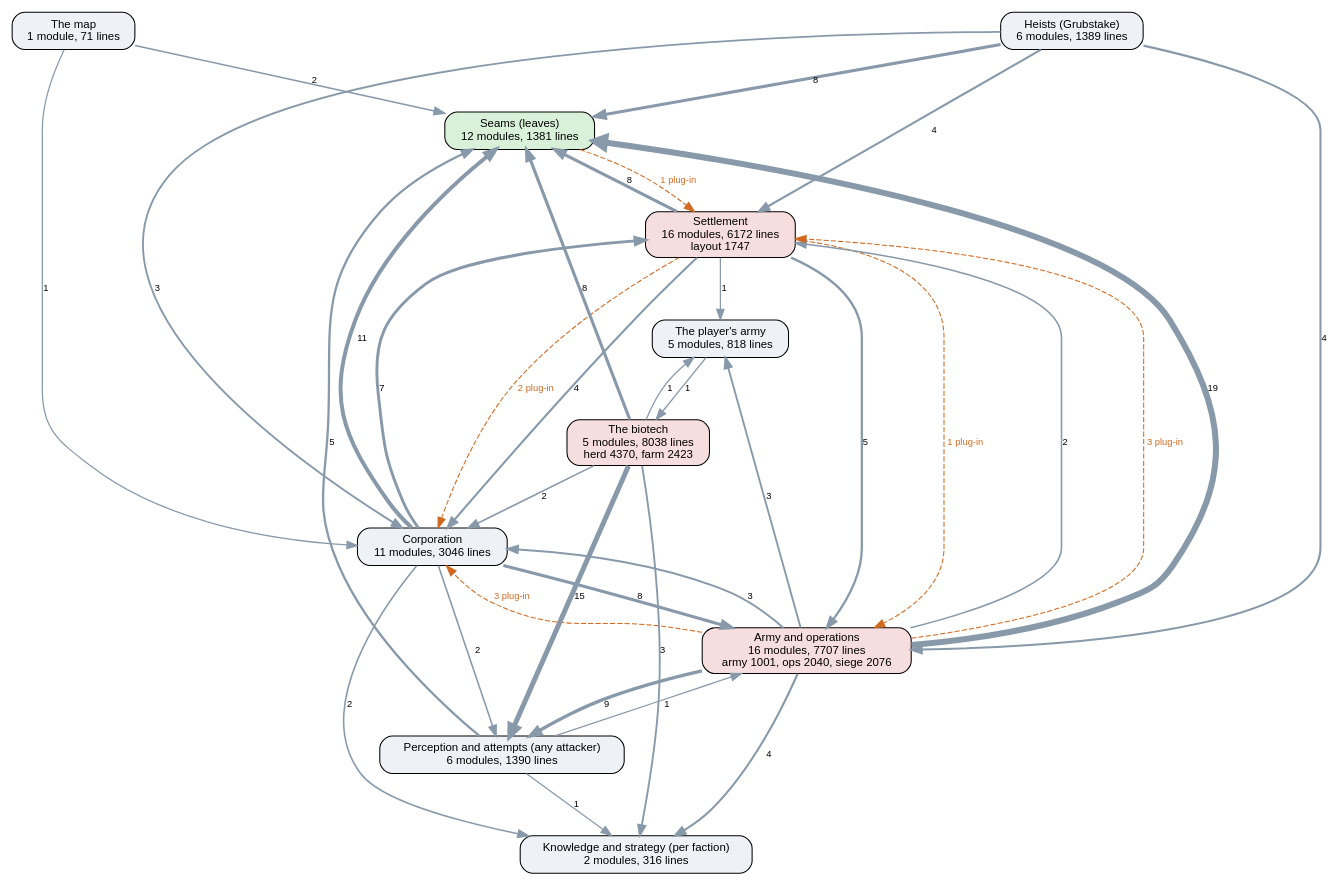
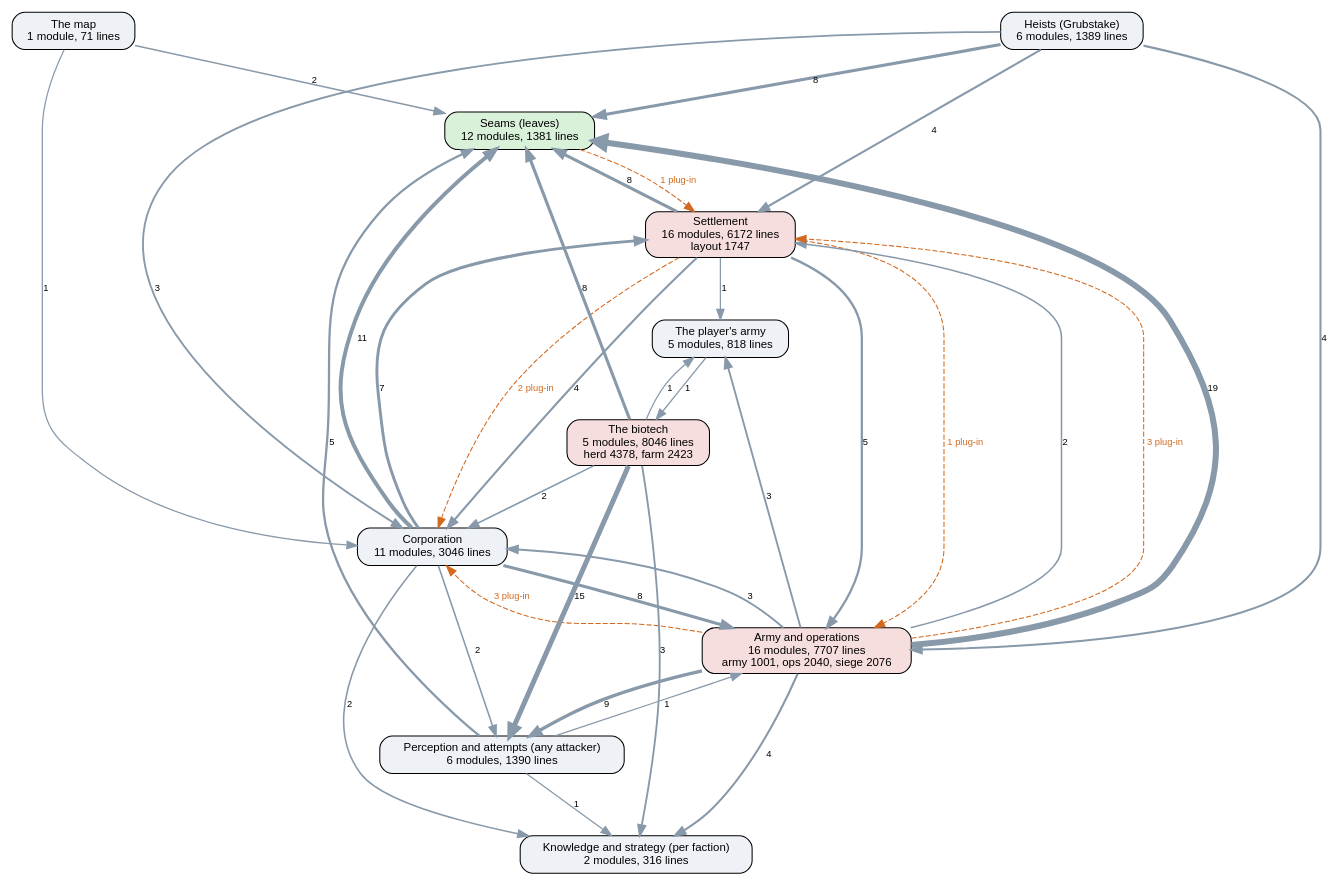
One commit to kinelhu/landing-party changed the diagram in docs/ai-layers.dot. Above: the diagram before and after it, drawn with Graphviz. The commit also changed 8 other files, not shown here.

```diff
--- a/docs/ai-layers.dot
+++ b/docs/ai-layers.dot
@@ -1,50 +1,50 @@
 digraph layers {
   graph [rankdir=TB, fontname="Helvetica", nodesep=0.5, ranksep=0.7];
   node [shape=box, style="rounded,filled", fontname="Helvetica", fontsize=11, fillcolor="#eef2f7"];
   edge [color="#8899aa", fontname="Helvetica", fontsize=9];
   "Seams (leaves)" [label="Seams (leaves)\n12 modules, 1381 lines", fillcolor="#d9f0d9"];
   "Perception and attempts (any attacker)" [label="Perception and attempts (any attacker)\n6 modules, 1390 lines", fillcolor="#eef2f7"];
   "Knowledge and strategy (per faction)" [label="Knowledge and strategy (per faction)\n2 modules, 316 lines", fillcolor="#eef2f7"];
   "Corporation" [label="Corporation\n11 modules, 3046 lines", fillcolor="#eef2f7"];
   "Settlement" [label="Settlement\n16 modules, 6172 lines\nlayout 1747", fillcolor="#f7dede"];
   "Army and operations" [label="Army and operations\n16 modules, 7707 lines\narmy 1001, ops 2040, siege 2076", fillcolor="#f7dede"];
   "Heists (Grubstake)" [label="Heists (Grubstake)\n6 modules, 1389 lines", fillcolor="#eef2f7"];
-  "The biotech" [label="The biotech\n5 modules, 8038 lines\nherd 4370, farm 2423", fillcolor="#f7dede"];
+  "The biotech" [label="The biotech\n5 modules, 8046 lines\nherd 4378, farm 2423", fillcolor="#f7dede"];
   "The map" [label="The map\n1 module, 71 lines", fillcolor="#eef2f7"];
   "The player's army" [label="The player's army\n5 modules, 818 lines", fillcolor="#eef2f7"];
   "Army and operations" -> "Corporation" [label="3", penwidth=1.8];
   "Army and operations" -> "Knowledge and strategy (per faction)" [label="4", penwidth=2.0];
   "Army and operations" -> "Perception and attempts (any attacker)" [label="9", penwidth=3.2];
   "Army and operations" -> "Seams (leaves)" [label="19", penwidth=5.8];
   "Army and operations" -> "Settlement" [label="2", penwidth=1.5];
   "Army and operations" -> "The player's army" [label="3", penwidth=1.8];
   "Corporation" -> "Army and operations" [label="8", penwidth=3.0];
   "Corporation" -> "Knowledge and strategy (per faction)" [label="2", penwidth=1.5];
   "Corporation" -> "Perception and attempts (any attacker)" [label="2", penwidth=1.5];
   "Corporation" -> "Seams (leaves)" [label="11", penwidth=3.8];
   "Corporation" -> "Settlement" [label="7", penwidth=2.8];
   "Heists (Grubstake)" -> "Army and operations" [label="4", penwidth=2.0];
   "Heists (Grubstake)" -> "Corporation" [label="3", penwidth=1.8];
   "Heists (Grubstake)" -> "Seams (leaves)" [label="8", penwidth=3.0];
   "Heists (Grubstake)" -> "Settlement" [label="4", penwidth=2.0];
   "Perception and attempts (any attacker)" -> "Army and operations" [label="1", penwidth=1.2];
   "Perception and attempts (any attacker)" -> "Knowledge and strategy (per faction)" [label="1", penwidth=1.2];
   "Perception and attempts (any attacker)" -> "Seams (leaves)" [label="5", penwidth=2.2];
   "Settlement" -> "Army and operations" [label="5", penwidth=2.2];
   "Settlement" -> "Corporation" [label="4", penwidth=2.0];
   "Settlement" -> "Seams (leaves)" [label="8", penwidth=3.0];
   "Settlement" -> "The player's army" [label="1", penwidth=1.2];
   "The biotech" -> "Corporation" [label="2", penwidth=1.5];
   "The biotech" -> "Knowledge and strategy (per faction)" [label="3", penwidth=1.8];
   "The biotech" -> "Perception and attempts (any attacker)" [label="15", penwidth=4.8];
   "The biotech" -> "Seams (leaves)" [label="8", penwidth=3.0];
   "The biotech" -> "The player's army" [label="1", penwidth=1.2];
   "The map" -> "Corporation" [label="1", penwidth=1.2];
   "The map" -> "Seams (leaves)" [label="2", penwidth=1.5];
   "The player's army" -> "The biotech" [label="1", penwidth=1.2];
   "Army and operations" -> "Corporation" [style=dashed, color="#d2691e", fontcolor="#d2691e", label="3 plug-in"];
   "Army and operations" -> "Settlement" [style=dashed, color="#d2691e", fontcolor="#d2691e", label="3 plug-in"];
   "Seams (leaves)" -> "Settlement" [style=dashed, color="#d2691e", fontcolor="#d2691e", label="1 plug-in"];
   "Settlement" -> "Army and operations" [style=dashed, color="#d2691e", fontcolor="#d2691e", label="1 plug-in"];
   "Settlement" -> "Corporation" [style=dashed, color="#d2691e", fontcolor="#d2691e", label="2 plug-in"];
 }
```
